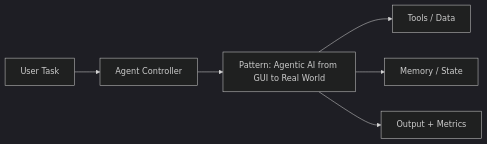
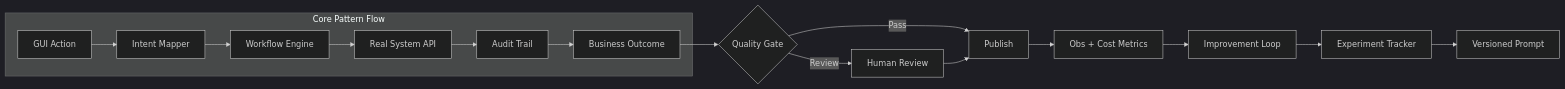
The diagram in notebooks/level_05_advanced_patterns_and_engineering/23_agentic_ai_from_gui_to_real_world_architecture.md (vivekreeves/agentic-design-patterns-lab), drawn with Mermaid (dark theme) before and after one commit. The commit also changed 71 other files, not shown here.

````diff
--- a/notebooks/level_05_advanced_patterns_and_engineering/23_agentic_ai_from_gui_to_real_world_architecture.md
+++ b/notebooks/level_05_advanced_patterns_and_engineering/23_agentic_ai_from_gui_to_real_world_architecture.md
@@ -5,8 +5,18 @@
 ```mermaid
 flowchart LR
-  Q[User Task] --> A[Agent Controller]
-  A --> P[Pattern: Agentic AI from GUI to Real World]
-  P --> T[Tools / Data]
-  P --> M[Memory / State]
-  P --> O[Output + Metrics]
+  subgraph CoreFlow[Core Pattern Flow]
+    GUI[GUI Action] --> MAP[Intent Mapper]
+    MAP --> WF[Workflow Engine]
+    WF --> API[Real System API]
+    API --> AU[Audit Trail]
+    AU --> O[Business Outcome]
+  end
+  O --> QG{Quality Gate}
+  QG -->|Pass| PUB[Publish]
+  QG -->|Review| HREV[Human Review]
+  HREV --> PUB
+  PUB --> OBS[Obs + Cost Metrics]
+  OBS --> LOOP[Improvement Loop]
+  LOOP --> EXP[Experiment Tracker]
+  EXP --> VER[Versioned Prompt]
 ```
````
